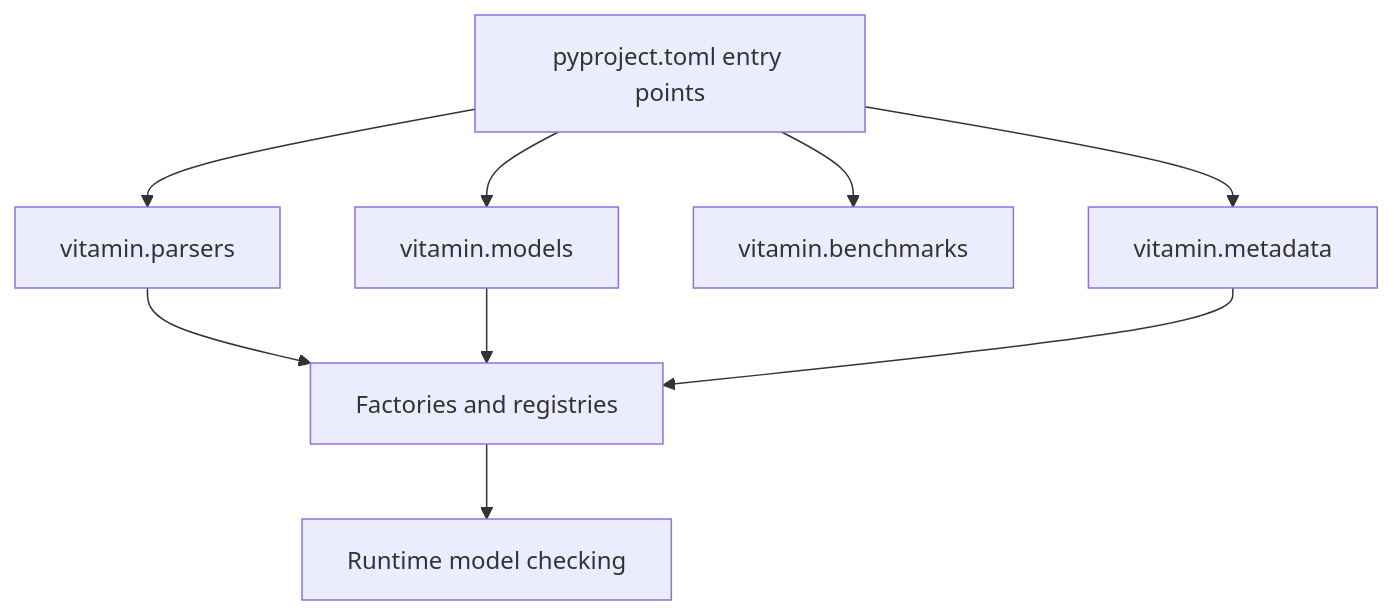
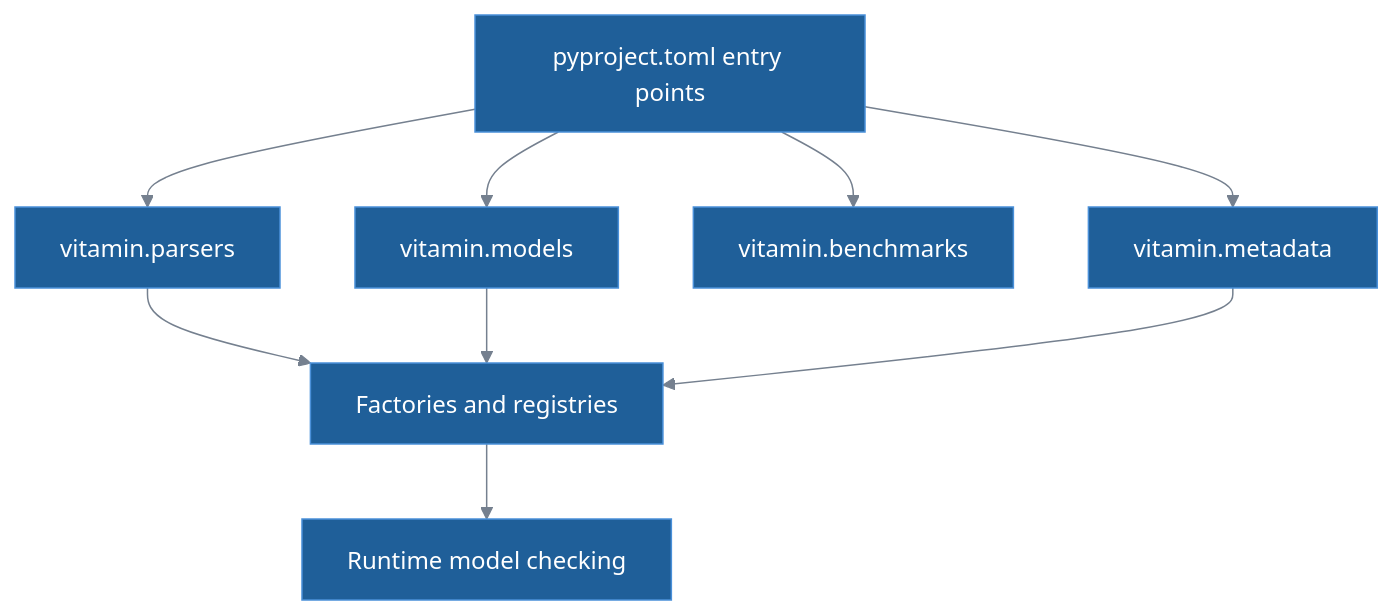
One commit to VITAMIN-organisation/vitamin-model-checker changed the second of 3 diagrams in docs/guides/architecture.md. Above: the diagram before and after it, drawn with Mermaid. The commit also changed other lines of this file and 37 other files, not shown here.

````diff
--- a/docs/guides/architecture.md
+++ b/docs/guides/architecture.md
@@ -155,16 +151,17 @@
 ```mermaid
+%%{init: {"theme": "base", "themeVariables": {"primaryColor": "#1f5f99", "primaryTextColor": "#ffffff", "primaryBorderColor": "#4a90d9", "lineColor": "#75808f", "tertiaryTextColor": "#75808f", "titleColor": "#75808f", "clusterBkg": "transparent", "clusterBorder": "#75808f", "edgeLabelBackground": "transparent"}}}%%
 flowchart TB
     pyproject["pyproject.toml entry points"]
-    parserGroup["vitamin.parsers"]
-    modelGroup["vitamin.models"]
-    benchmarkGroup["vitamin.benchmarks"]
-    metadataGroup["vitamin.metadata"]
+    parsers["vitamin.parsers"]
+    models["vitamin.models"]
+    benchmarks["vitamin.benchmarks"]
+    metadata["vitamin.metadata"]
     factory["Factories and registries"]
     runtime["Runtime model checking"]
 
-    pyproject --> parserGroup --> factory
-    pyproject --> modelGroup --> factory
-    pyproject --> benchmarkGroup
-    pyproject --> metadataGroup --> factory
+    pyproject --> parsers --> factory
+    pyproject --> models --> factory
+    pyproject --> benchmarks
+    pyproject --> metadata --> factory
     factory --> runtime
 ```
````
